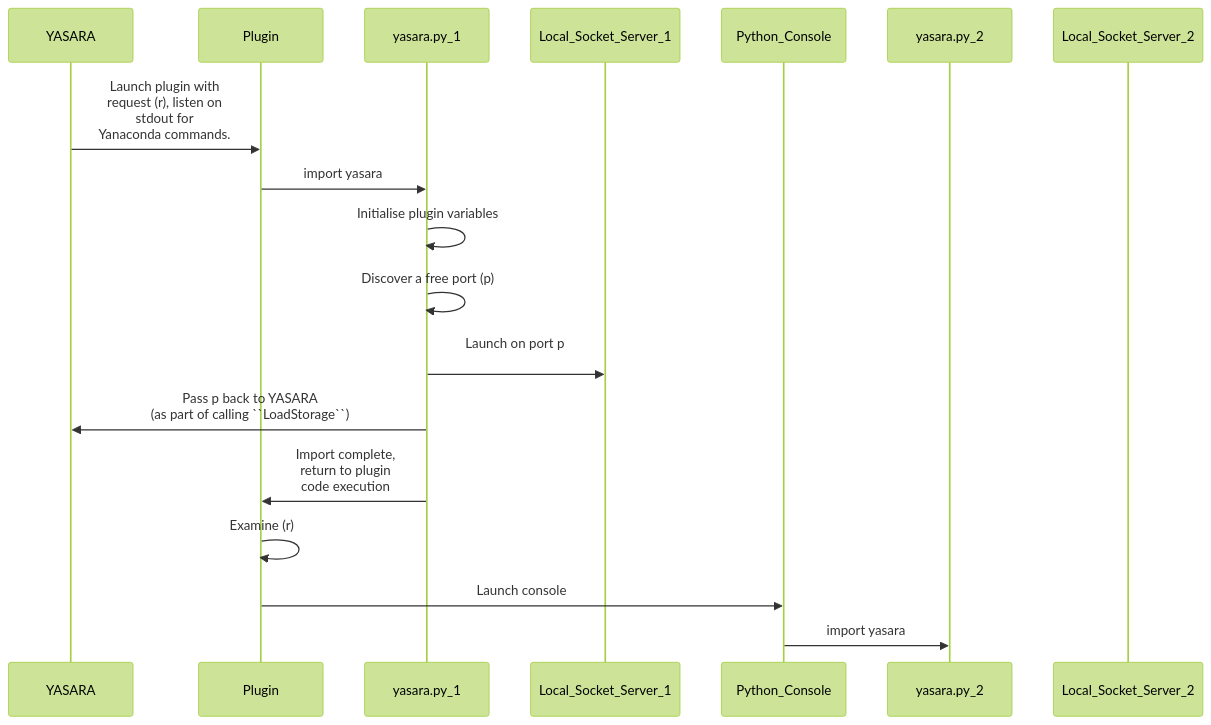
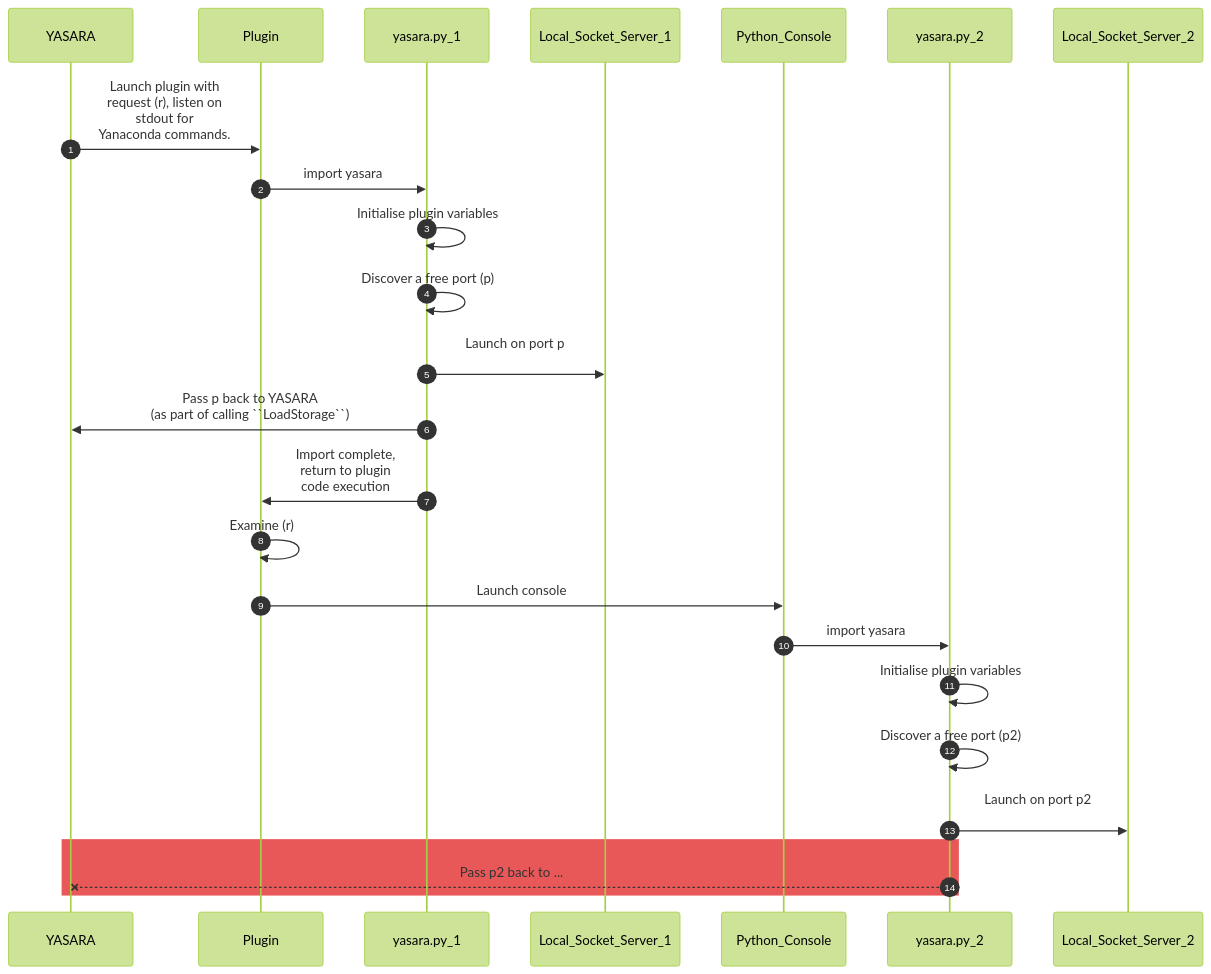
Before and after one commit to aanastasiou/yapycon: the third of 4 diagrams in doc/source/devnotes.rst, drawn with Mermaid (forest theme). The commit also changed other lines of this file and 4 other files, not shown here.

```diff
--- a/doc/source/devnotes.rst
+++ b/doc/source/devnotes.rst
@@ -246,22 +136,29 @@
 .. mermaid::
     :caption: Simplified sequence diagram of importing ``yasara`` from a "secondary" process.
 
     sequenceDiagram
+        autonumber
         participant YASARA
         participant Plugin
         participant yasara.py_1
         participant Local_Socket_Server_1
         participant Python_Console
         participant yasara.py_2
         participant Local_Socket_Server_2
 
         YASARA ->>Plugin: Launch plugin with <br/>request (r), listen on <br/>stdout for <br/>Yanaconda commands.
         Plugin ->>yasara.py_1: import yasara
         yasara.py_1 ->>yasara.py_1: Initialise plugin variables
         yasara.py_1 ->>yasara.py_1: Discover a free port (p)
         yasara.py_1 ->>Local_Socket_Server_1: Launch on port p <br/>
         yasara.py_1 ->>YASARA: Pass p back to YASARA <br/> (as part of calling ``LoadStorage``)
         yasara.py_1 ->>Plugin: Import complete, <br/> return to plugin <br/> code execution
         Plugin->>Plugin: Examine (r)
         Plugin->>Python_Console: Launch console
         Python_Console->>yasara.py_2: import yasara
+        yasara.py_2 ->>yasara.py_2: Initialise plugin variables
+        yasara.py_2 ->>yasara.py_2: Discover a free port (p2)
+        yasara.py_2 ->>Local_Socket_Server_2: Launch on port p2 <br/>
+        rect rgb(232,88,88)
+        yasara.py_2 --xYASARA: Pass p2 back to ...
+        end
```
